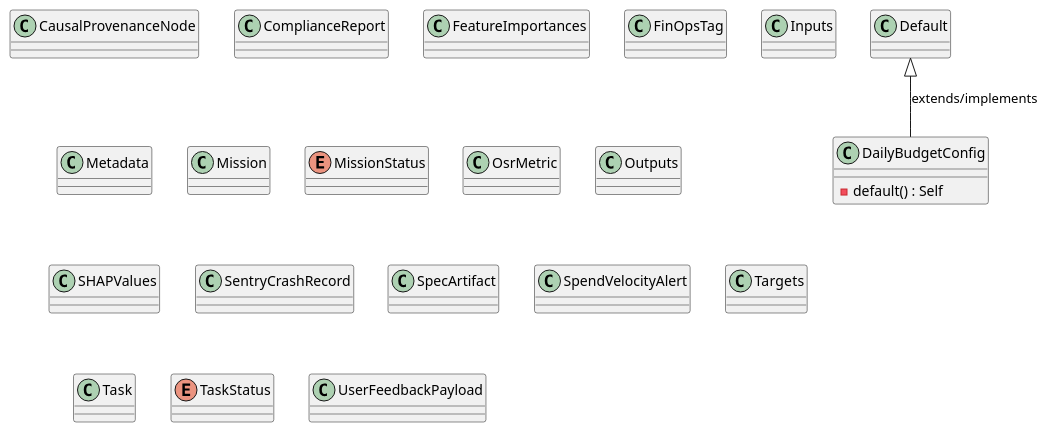
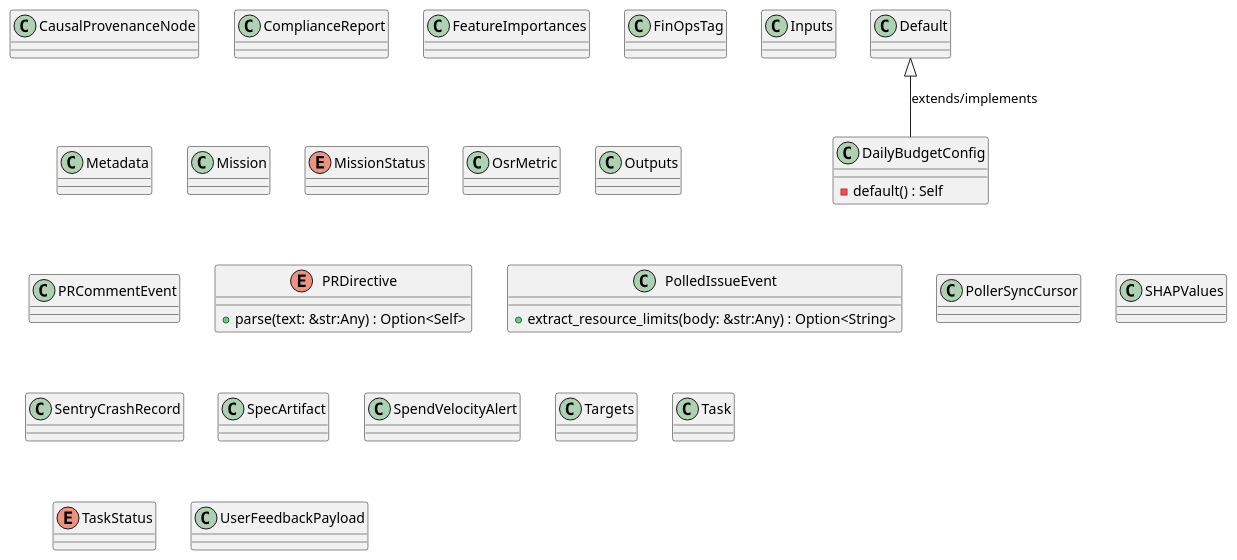
Before and after one commit to lgcorzo/rust_CACD_autonomous_factory: the first of 2 diagrams in openwiki/crates_factory_core_src_lib.md, drawn with PlantUML. The commit also changed other lines of this file and 100 other files, not shown here.

````diff
--- a/openwiki/crates_factory_core_src_lib.md
+++ b/openwiki/crates_factory_core_src_lib.md
@@ -493,45 +653,55 @@
 ```plantuml
 @startuml
 class CausalProvenanceNode {
 }
 class ComplianceReport {
 }
 class DailyBudgetConfig {
     -default() : Self
 }
 Default <|-- DailyBudgetConfig : extends/implements
 class FeatureImportances {
 }
 class FinOpsTag {
 }
 class Inputs {
 }
 class Metadata {
 }
 class Mission {
 }
 enum MissionStatus {
 }
 class OsrMetric {
 }
 class Outputs {
 }
+class PRCommentEvent {
+}
+enum PRDirective {
+    +parse(text: &str:Any) : Option<Self>
+}
+class PolledIssueEvent {
+    +extract_resource_limits(body: &str:Any) : Option<String>
+}
+class PollerSyncCursor {
+}
 class SHAPValues {
 }
 class SentryCrashRecord {
 }
 class SpecArtifact {
 }
 class SpendVelocityAlert {
 }
 class Targets {
 }
 class Task {
 }
 enum TaskStatus {
 }
 class UserFeedbackPayload {
 }
 @enduml
 
 ```
````
